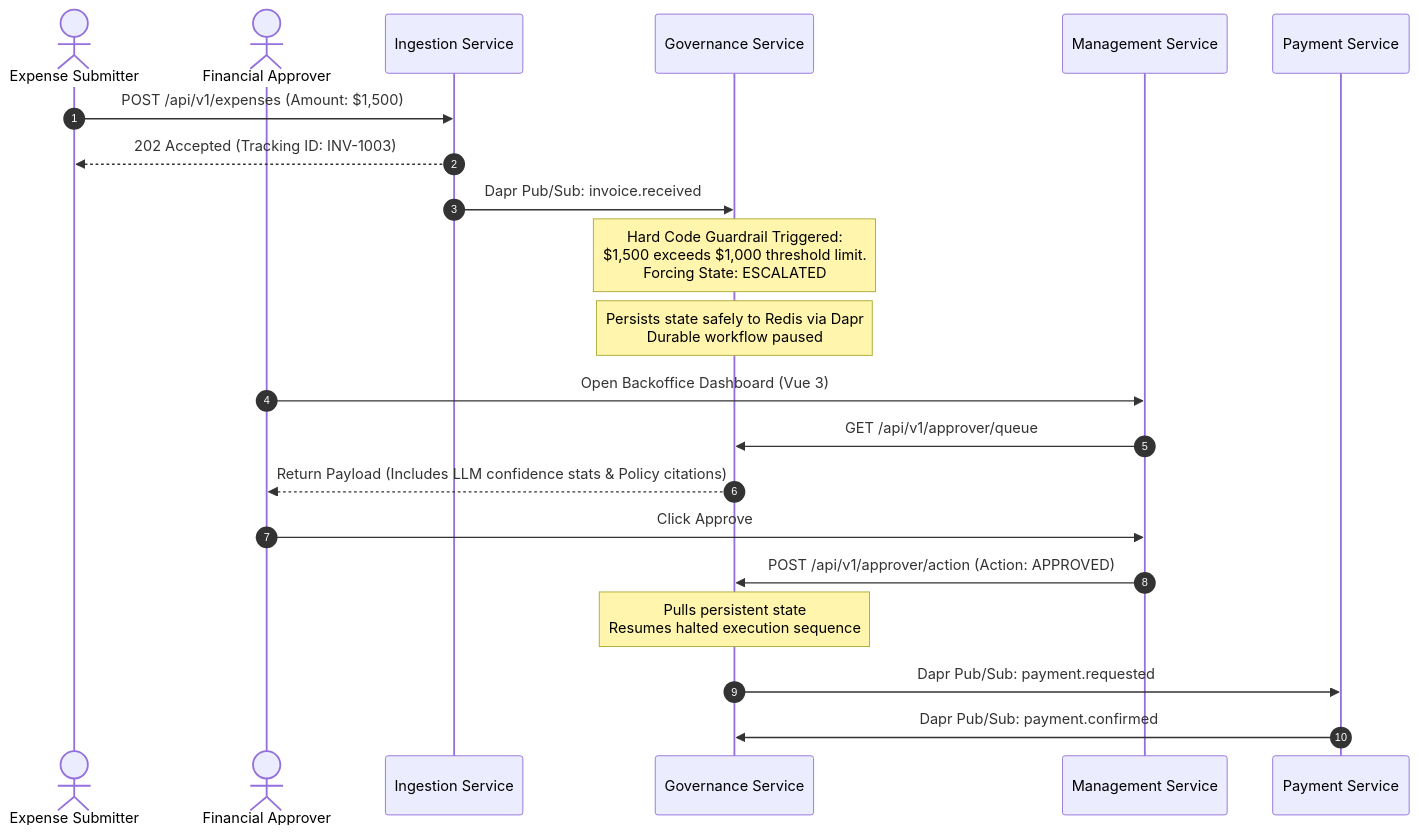
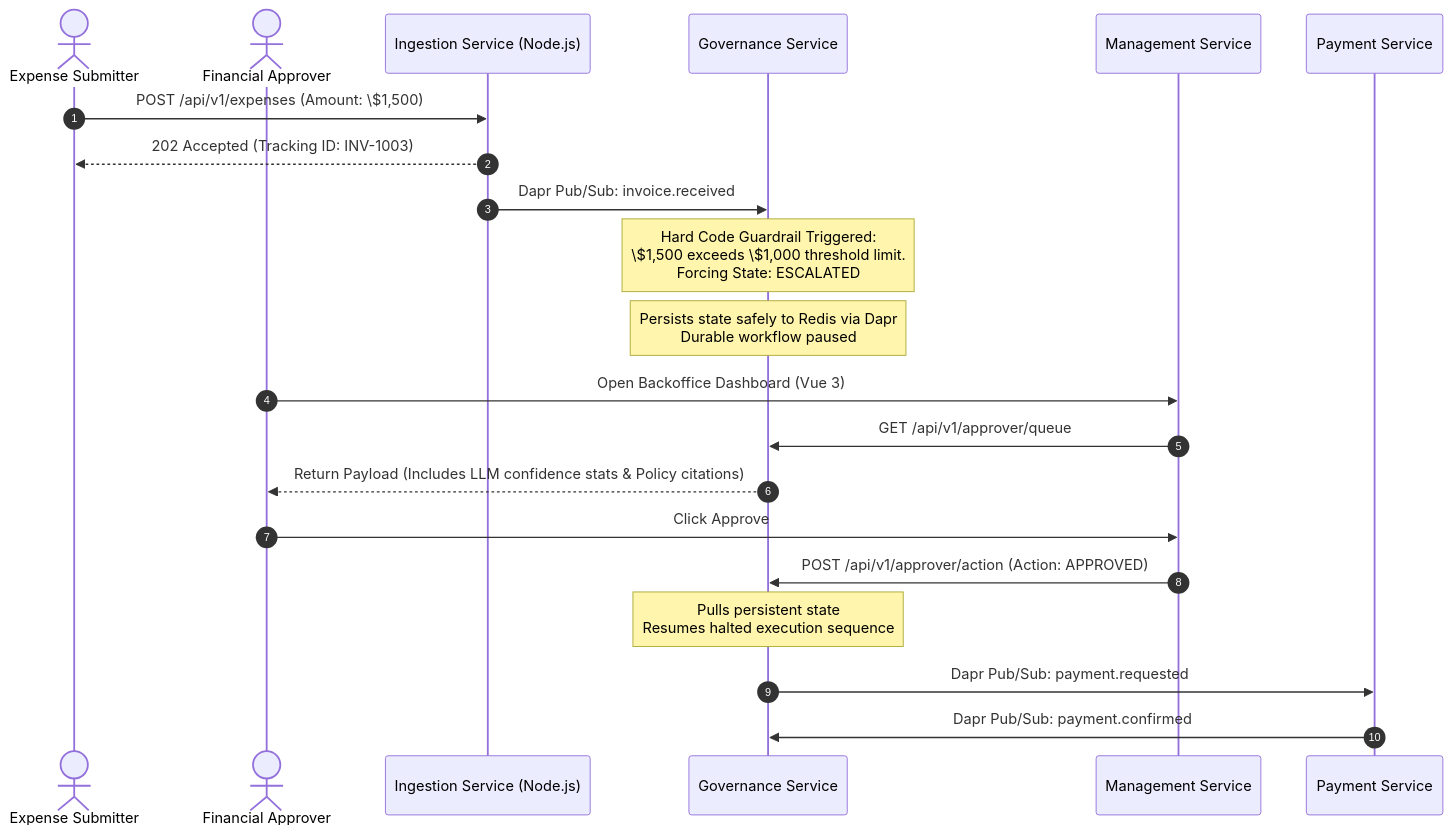
One commit to roman-shneer/InvoiceApprovalFlow changed the third of 4 diagrams in docs/ARCHITECTURE.md. Above: the diagram before and after it, drawn with Mermaid. The commit also changed other lines of this file and 11 other files, not shown here.

Commit message:
feat(ingestion): migrate ingestion-service from PHP Swoole to Node.js

````diff
--- a/docs/ARCHITECTURE.md
+++ b/docs/ARCHITECTURE.md
@@ -99,28 +99,28 @@
 ```mermaid
 sequenceDiagram
     autonumber
     actor Submitter as Expense Submitter
     actor Approver as Financial Approver
-    participant IS as Ingestion Service
+    participant IS as Ingestion Service (Node.js)
     participant GS as Governance Service
     participant MG as Management Service
     participant PS as Payment Service
 
-    Submitter->>IS: POST /api/v1/expenses (Amount: $1,500)
+    Submitter->>IS: POST /api/v1/expenses (Amount: \$1,500)
     IS-->>Submitter: 202 Accepted (Tracking ID: INV-1003)
     IS->>GS: Dapr Pub/Sub: invoice.received
     
-    Note over GS: Hard Code Guardrail Triggered:<br/>$1,500 exceeds $1,000 threshold limit.<br/>Forcing State: ESCALATED
+    Note over GS: Hard Code Guardrail Triggered:<br/>\$1,500 exceeds \$1,000 threshold limit.<br/>Forcing State: ESCALATED
     Note over GS: Persists state safely to Redis via Dapr<br/>Durable workflow paused
     
     Approver->>MG: Open Backoffice Dashboard (Vue 3)
     MG->>GS: GET /api/v1/approver/queue
     GS-->>Approver: Return Payload (Includes LLM confidence stats & Policy citations)
     
     Approver->>MG: Click Approve
     MG->>GS: POST /api/v1/approver/action (Action: APPROVED)
     Note over GS: Pulls persistent state<br/>Resumes halted execution sequence
     
     GS->>PS: Dapr Pub/Sub: payment.requested
     PS->>GS: Dapr Pub/Sub: payment.confirmed
 ```
````
